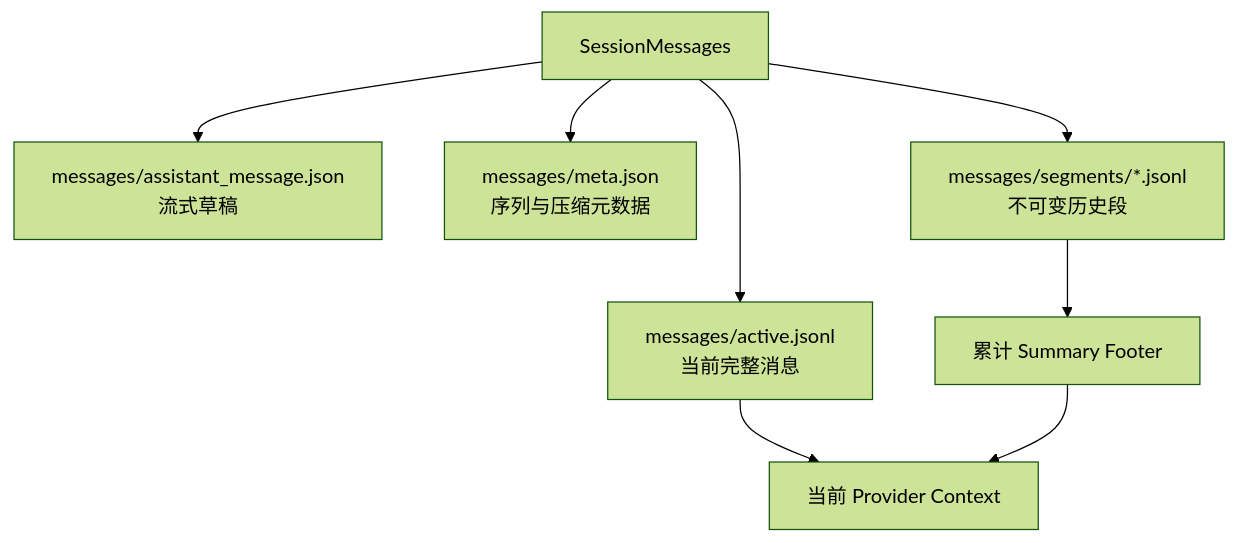
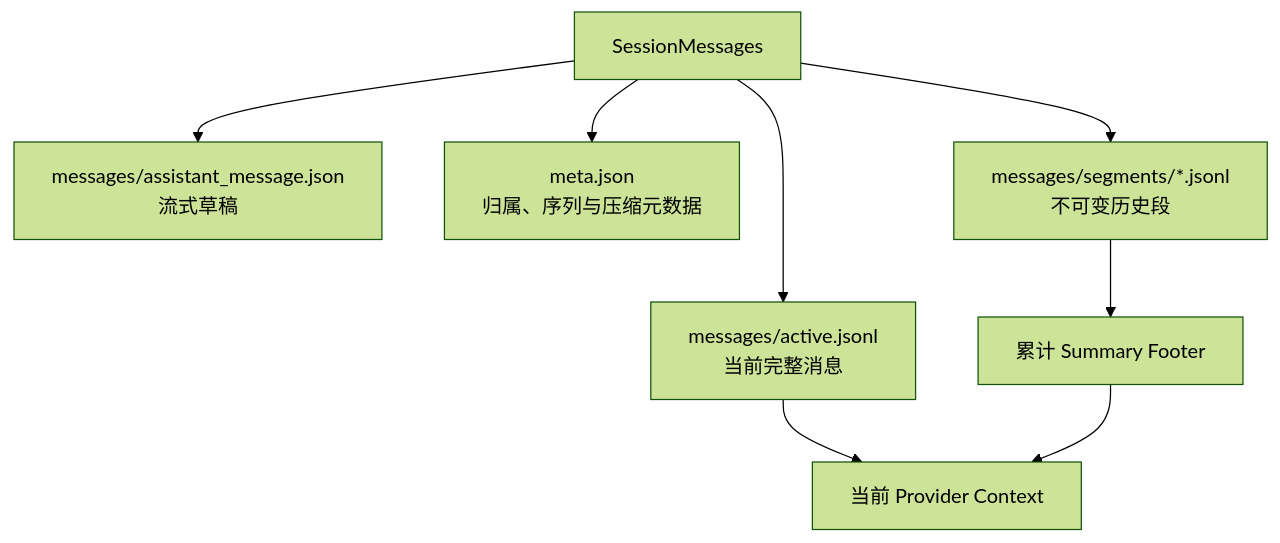
One commit to genesiscosmos/downcity changed diagram 16 of 33 in docs/session-framework.md. Above: the diagram before and after it, drawn with Mermaid (forest theme). The commit also changed 37 other files, not shown here.

````diff
--- a/docs/session-framework.md
+++ b/docs/session-framework.md
@@ -381,11 +381,11 @@
 ```mermaid
 flowchart TB
     Messages["SessionMessages"] --> Active["messages/active.jsonl\n当前完整消息"]
     Messages --> Draft["messages/assistant_message.json\n流式草稿"]
-    Messages --> Meta["messages/meta.json\n序列与压缩元数据"]
+    Messages --> Meta["meta.json\n归属、序列与压缩元数据"]
     Messages --> Segments["messages/segments/*.jsonl\n不可变历史段"]
 
     Segments --> Summary["累计 Summary Footer"]
     Active --> Context["当前 Provider Context"]
     Summary --> Context
 ```
````
